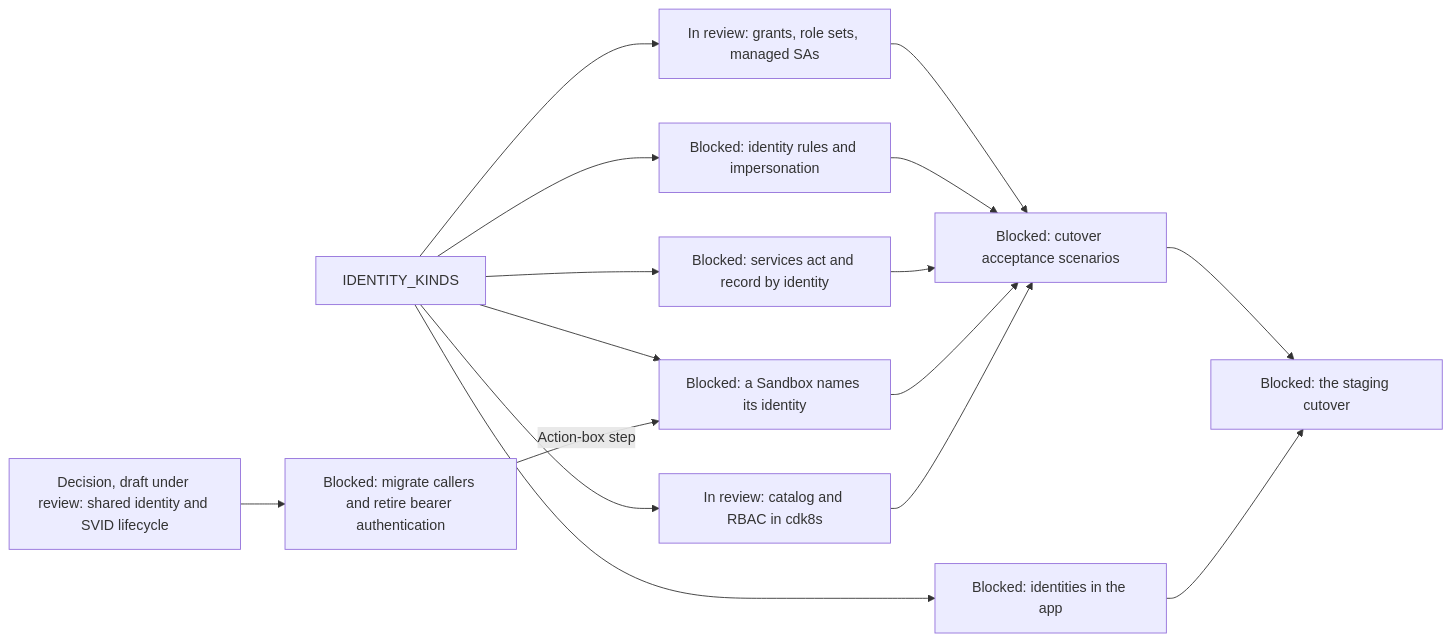
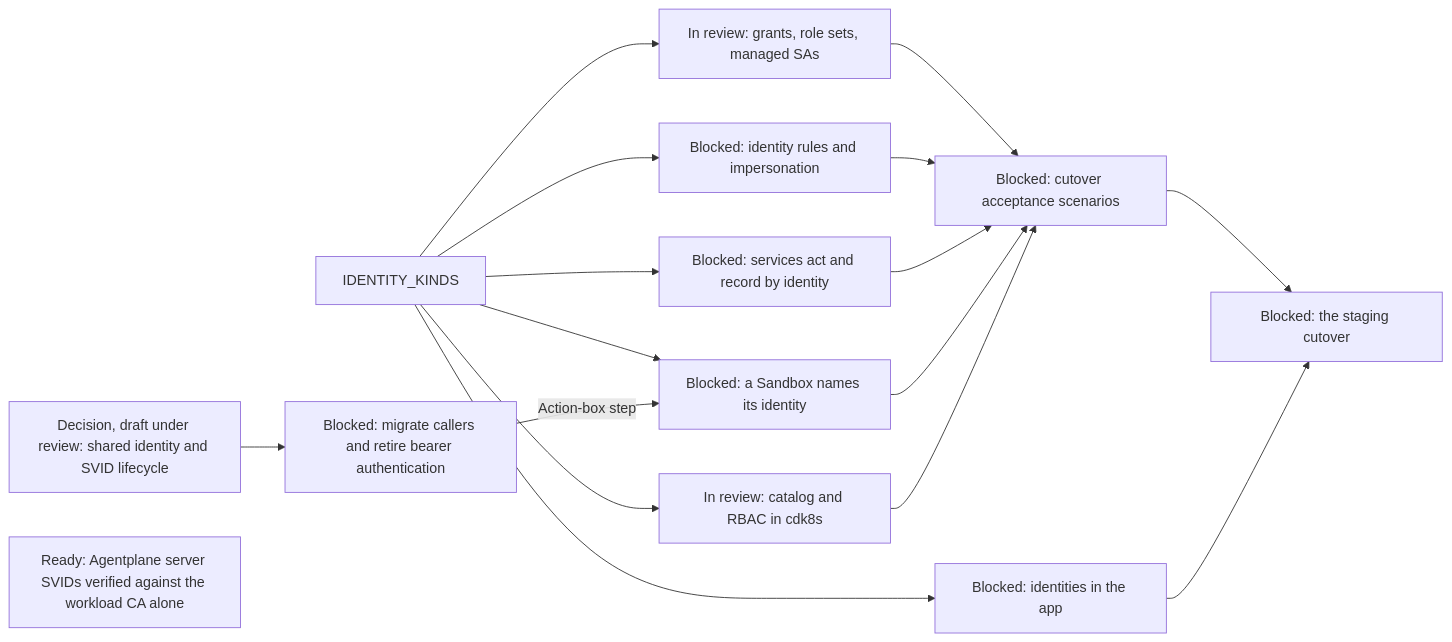
Before and after one commit to agentydragon/ducktape: diagram 17 of 19 in agentplane/plans/task_dag.md, drawn with Mermaid. The commit also changed other lines of this file, not shown here.

First line of the commit message:
agentplane: plan WORKLOAD_CA_SERVER_TRUST

````diff
--- a/agentplane/plans/task_dag.md
+++ b/agentplane/plans/task_dag.md
@@ -3038,18 +3038,19 @@
 ```mermaid
 flowchart LR
     IDENTITY_KINDS --> POLICY_GRANTS[In review: grants, role sets, managed SAs]
     IDENTITY_KINDS --> EGRESS_IDENTITY_RULES[Blocked: identity rules and impersonation]
     IDENTITY_KINDS --> SERVICES_IDENTITY_PRINCIPAL[Blocked: services act and record by identity]
     IDENTITY_KINDS --> SANDBOX_IDENTITY_SPEC[Blocked: a Sandbox names its identity]
     IDENTITY_KINDS --> IDENTITY_CATALOG[In review: catalog and RBAC in cdk8s]
     IDENTITY_KINDS --> APP_IDENTITIES_UI[Blocked: identities in the app]
     WORKLOAD_IDENTITY_LIFECYCLE_DESIGN[Decision, draft under review: shared identity and SVID lifecycle] --> WORKLOAD_AUTH_CUTOVER[Blocked: migrate callers and retire bearer authentication]
     WORKLOAD_AUTH_CUTOVER -->|Action-box step| SANDBOX_IDENTITY_SPEC
+    WORKLOAD_CA_SERVER_TRUST[Ready: Agentplane server SVIDs verified against the workload CA alone]
     POLICY_GRANTS --> IDENTITY_SYSTEM_TESTS[Blocked: cutover acceptance scenarios]
     EGRESS_IDENTITY_RULES --> IDENTITY_SYSTEM_TESTS
     SERVICES_IDENTITY_PRINCIPAL --> IDENTITY_SYSTEM_TESTS
     SANDBOX_IDENTITY_SPEC --> IDENTITY_SYSTEM_TESTS
     IDENTITY_CATALOG --> IDENTITY_SYSTEM_TESTS
     IDENTITY_SYSTEM_TESTS --> IDENTITY_CUTOVER[Blocked: the staging cutover]
     APP_IDENTITIES_UI --> IDENTITY_CUTOVER
 ```
````
